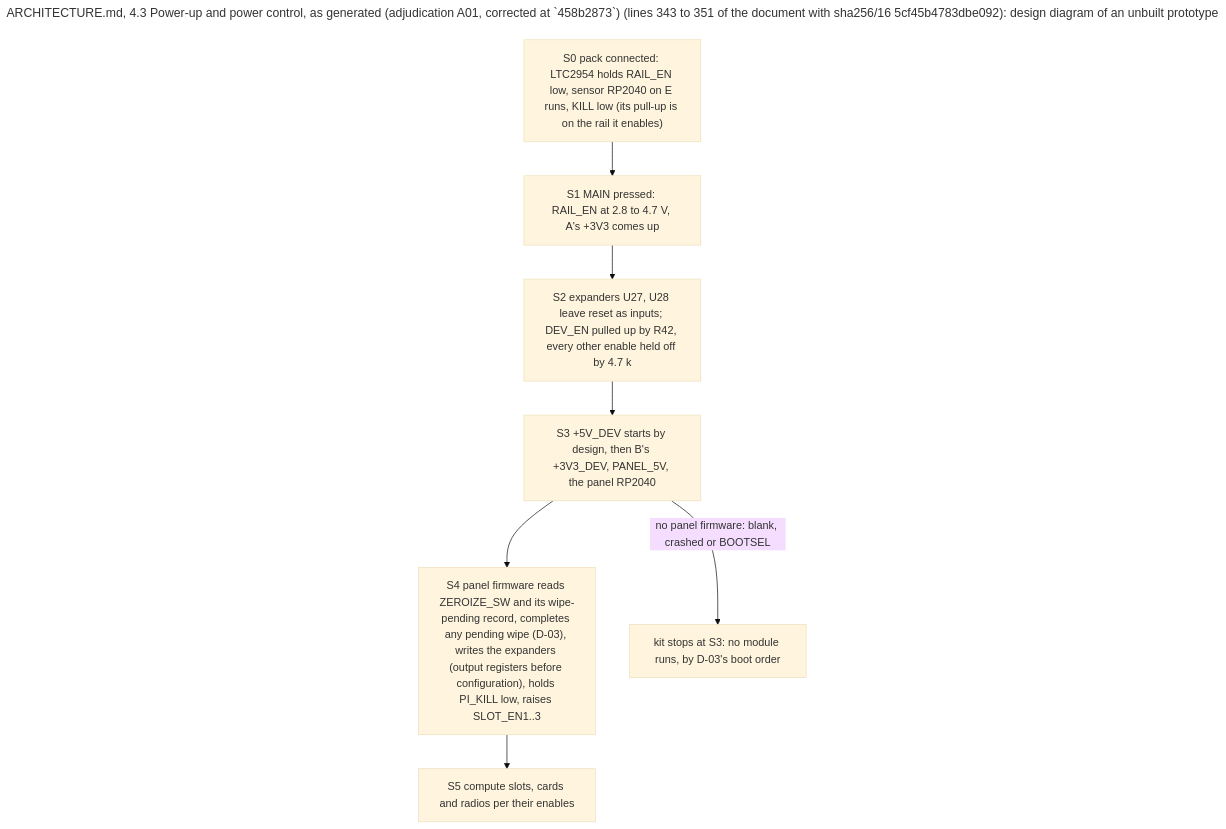
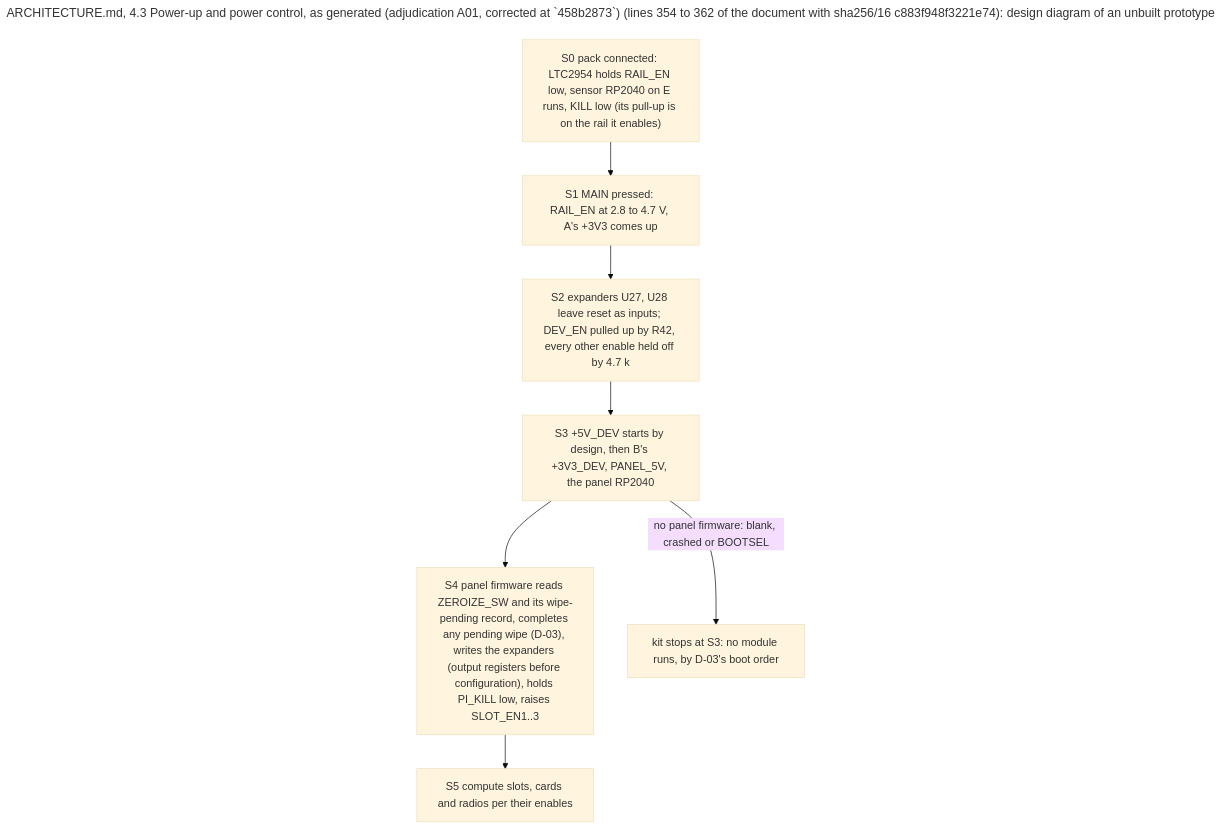
One commit to meshsat/meshsat-fieldkit changed the diagram in v2/docs/diagrams/src/arch-4-3-power-up.mmd. Above: the diagram before and after it, drawn with Mermaid (base theme). The commit also changed 32 other files, not shown here.

Commit message:
docs(diagrams): all eleven diagrams rebuilt after sets 6 to 9 on the rented box (the power tree with board D's feed through U41 and U23, the control lines through board B's per-slot EMCON gates, the case drawings), 11 of 11 current against the manifest, the readback without a problem [MESHSAT-1357]

```diff
--- a/v2/docs/diagrams/src/arch-4-3-power-up.mmd
+++ b/v2/docs/diagrams/src/arch-4-3-power-up.mmd
@@ -1,12 +1,12 @@
 ---
-title: "ARCHITECTURE.md, 4.3 Power-up and power control, as generated (adjudication A01, corrected at `458b2873`) (lines 343 to 351 of the document with sha256/16 5cf45b4783dbe092): design diagram of an unbuilt prototype"
+title: "ARCHITECTURE.md, 4.3 Power-up and power control, as generated (adjudication A01, corrected at `458b2873`) (lines 354 to 362 of the document with sha256/16 c883f948f3221e74): design diagram of an unbuilt prototype"
 ---
 flowchart TB
   S0["S0 pack connected: LTC2954 holds RAIL_EN low, sensor RP2040 on E runs, KILL low (its pull-up is on the rail it enables)"]
   S1["S1 MAIN pressed: RAIL_EN at 2.8 to 4.7 V, A's +3V3 comes up"]
   S2["S2 expanders U27, U28 leave reset as inputs; DEV_EN pulled up by R42, every other enable held off by 4.7 k"]
   S3["S3 +5V_DEV starts by design, then B's +3V3_DEV, PANEL_5V, the panel RP2040"]
   S4["S4 panel firmware reads ZEROIZE_SW and its wipe-pending record, completes any pending wipe (D-03), writes the expanders (output registers before configuration), holds PI_KILL low, raises SLOT_EN1..3"]
   S5["S5 compute slots, cards and radios per their enables"]
   S0 --> S1 --> S2 --> S3 --> S4 --> S5
   S3 -->|"no panel firmware: blank, crashed or BOOTSEL"| STOP["kit stops at S3: no module runs, by D-03's boot order"]
```
